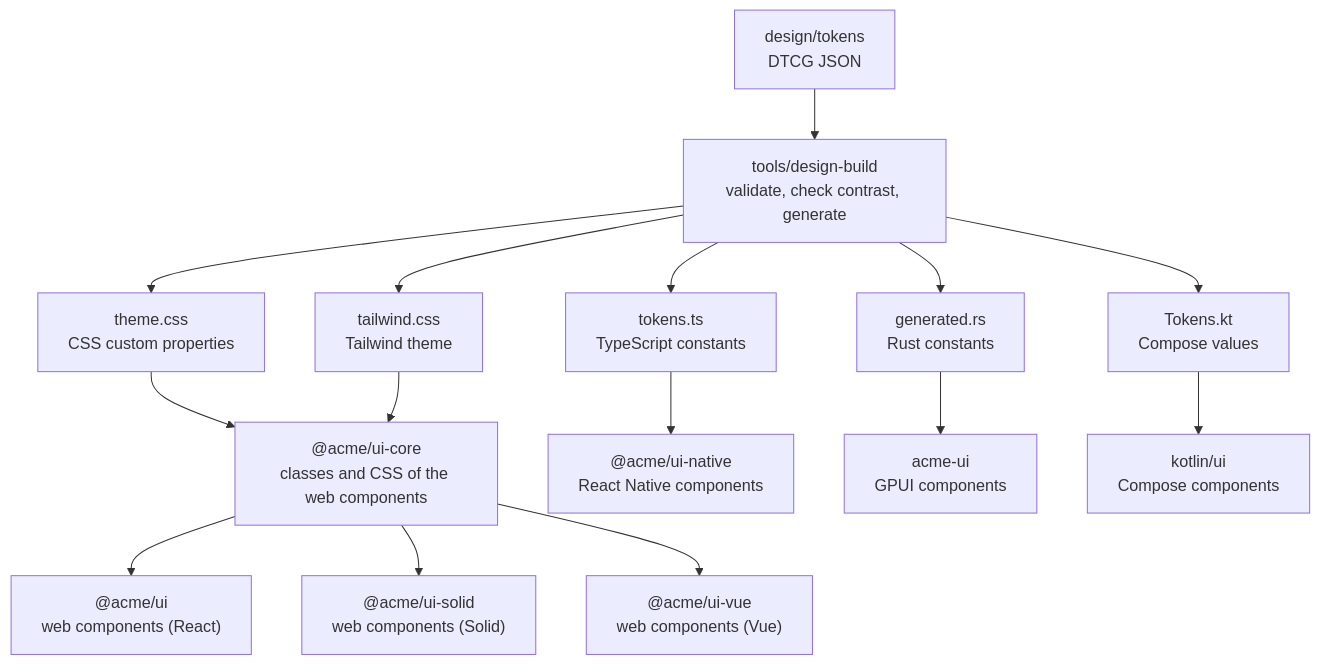
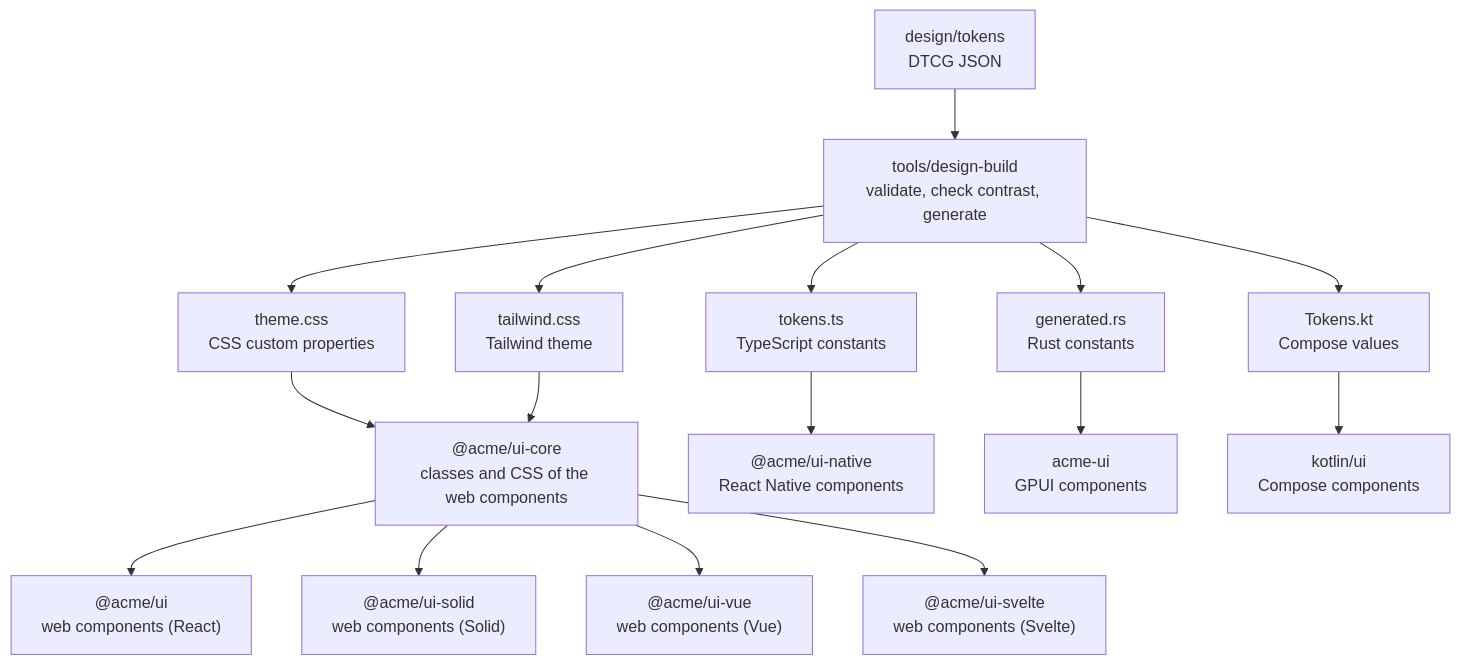
One commit to kjmin-dev/xds changed the first of 2 diagrams in docs/design-system.md. Above: the diagram before and after it, drawn with Mermaid. The commit also changed other lines of this file and 106 other files, not shown here.

````diff
--- a/docs/design-system.md
+++ b/docs/design-system.md
@@ -14,21 +14,22 @@
 ```mermaid
 flowchart TD
   SRC["design/tokens<br/>DTCG JSON"]
   BUILD["tools/design-build<br/>validate, check contrast, generate"]
   SRC --> BUILD
 
   BUILD --> CSS["theme.css<br/>CSS custom properties"]
   BUILD --> TW["tailwind.css<br/>Tailwind theme"]
   BUILD --> TS["tokens.ts<br/>TypeScript constants"]
   BUILD --> RS["generated.rs<br/>Rust constants"]
   BUILD --> KT["Tokens.kt<br/>Compose values"]
 
   CSS --> CORE["@acme/ui-core<br/>classes and CSS of the web components"]
   TW --> CORE
   CORE --> WEB["@acme/ui<br/>web components (React)"]
   CORE --> SOLID["@acme/ui-solid<br/>web components (Solid)"]
   CORE --> VUE["@acme/ui-vue<br/>web components (Vue)"]
+  CORE --> SVELTE["@acme/ui-svelte<br/>web components (Svelte)"]
   TS --> RN["@acme/ui-native<br/>React Native components"]
   RS --> UI["acme-ui<br/>GPUI components"]
   KT --> CMP["kotlin/ui<br/>Compose components"]
 ```
````
